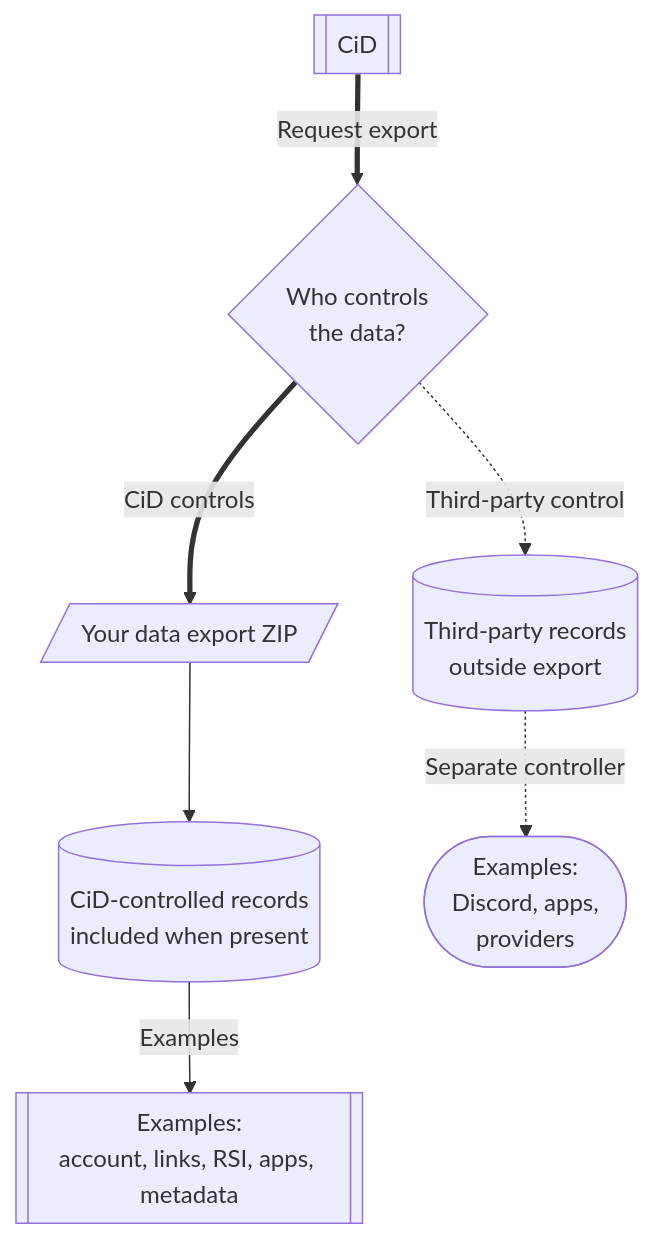
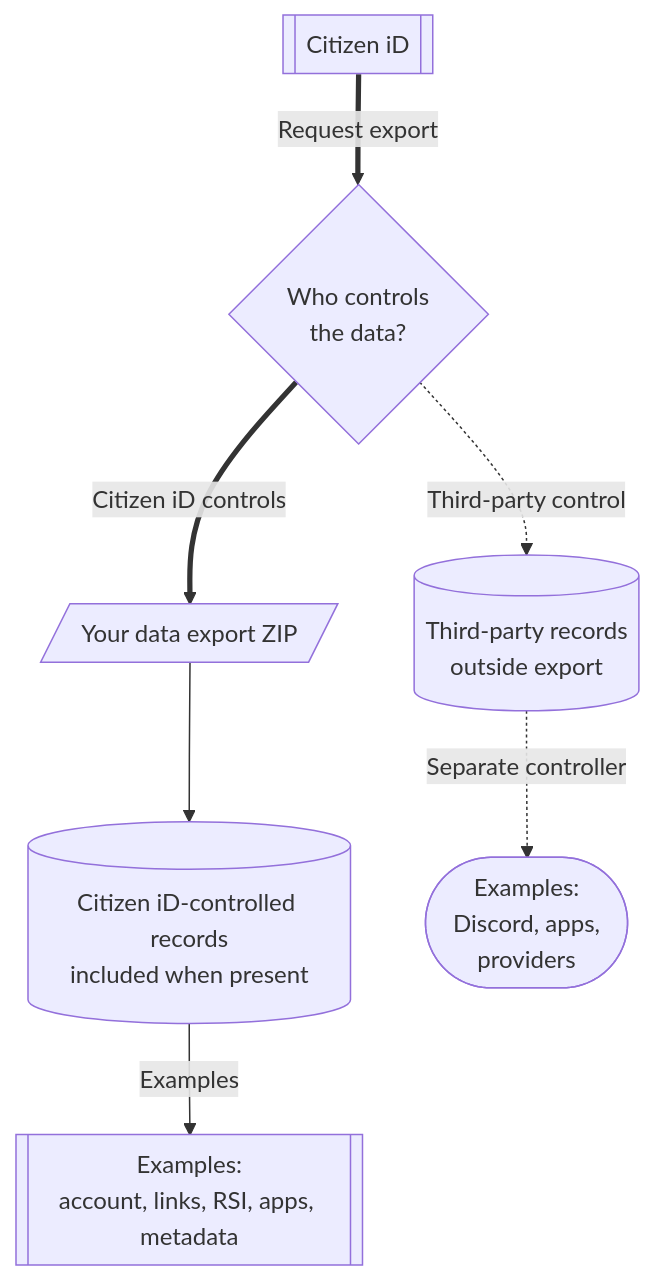
Before and after one commit to ArkanisCorporation/CitizenId-docs: the diagram in docs/players/data-rights.md, drawn with Mermaid. The commit also changed other lines of this file and 4 other files, not shown here.

````diff
--- a/docs/players/data-rights.md
+++ b/docs/players/data-rights.md
@@ -17,27 +17,27 @@
 ```mermaid
 flowchart TD
-  cid[["CiD"]]
+  cid[["Citizen iD"]]
   zip[/Your data export ZIP/]
   boundary{"Who controls<br/>the data?"}
-  included[(CiD-controlled records<br/>included when present)]
+  included[(Citizen iD-controlled records<br/>included when present)]
   outside[(Third-party records<br/>outside export)]
   contents[["Examples:<br/>account, links, RSI, apps, metadata"]]
   thirdParties(["Examples:<br/>Discord, apps,<br/>providers"])
 
   cid ==>|Request export| boundary
-  boundary ==>|CiD controls| zip
+  boundary ==>|Citizen iD controls| zip
   zip --> included
   included -->|"Examples"| contents
   boundary -. "Third-party control" .-> outside
   outside -. "Separate controller" .-> thirdParties
 
   class cid service;
   class boundary decision;
   class zip,included,contents data;
   class outside caution;
   class thirdParties actor;
 
   click cid "/players/website-basics" "Open Website Basics" _self
   click outside "/players/external-apps" "Open External Apps" _self
   click thirdParties "/players/external-apps" "Open External Apps" _self
 ```
````
